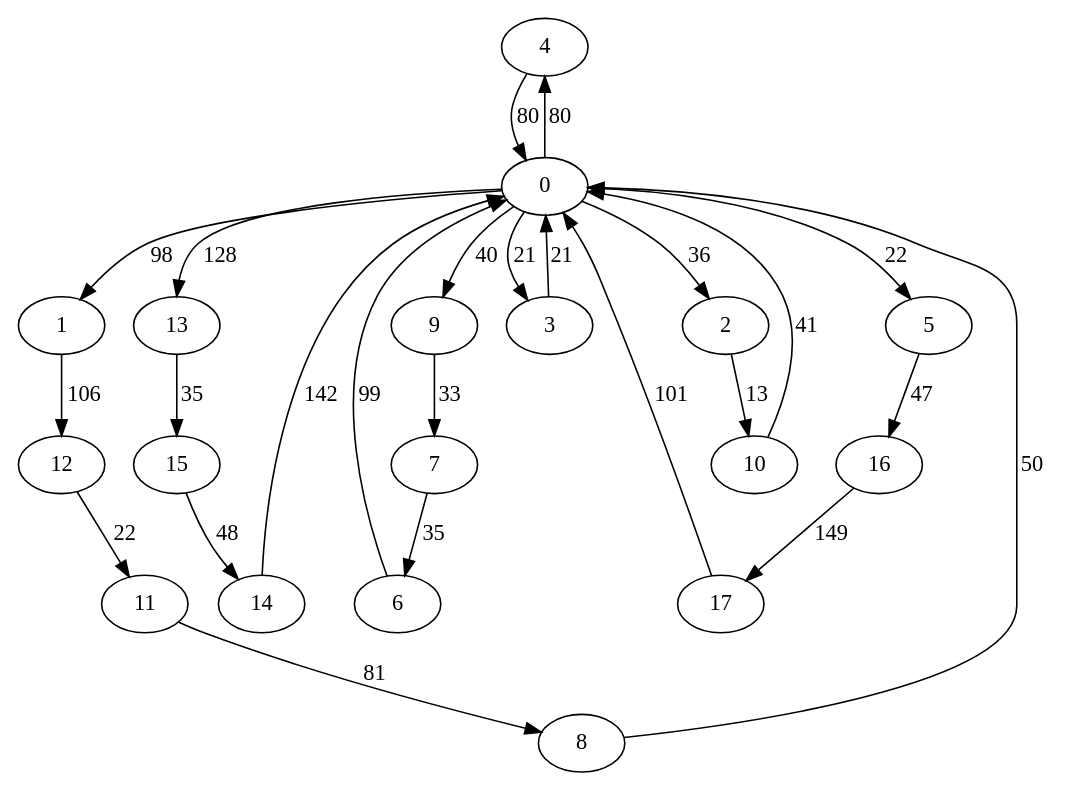
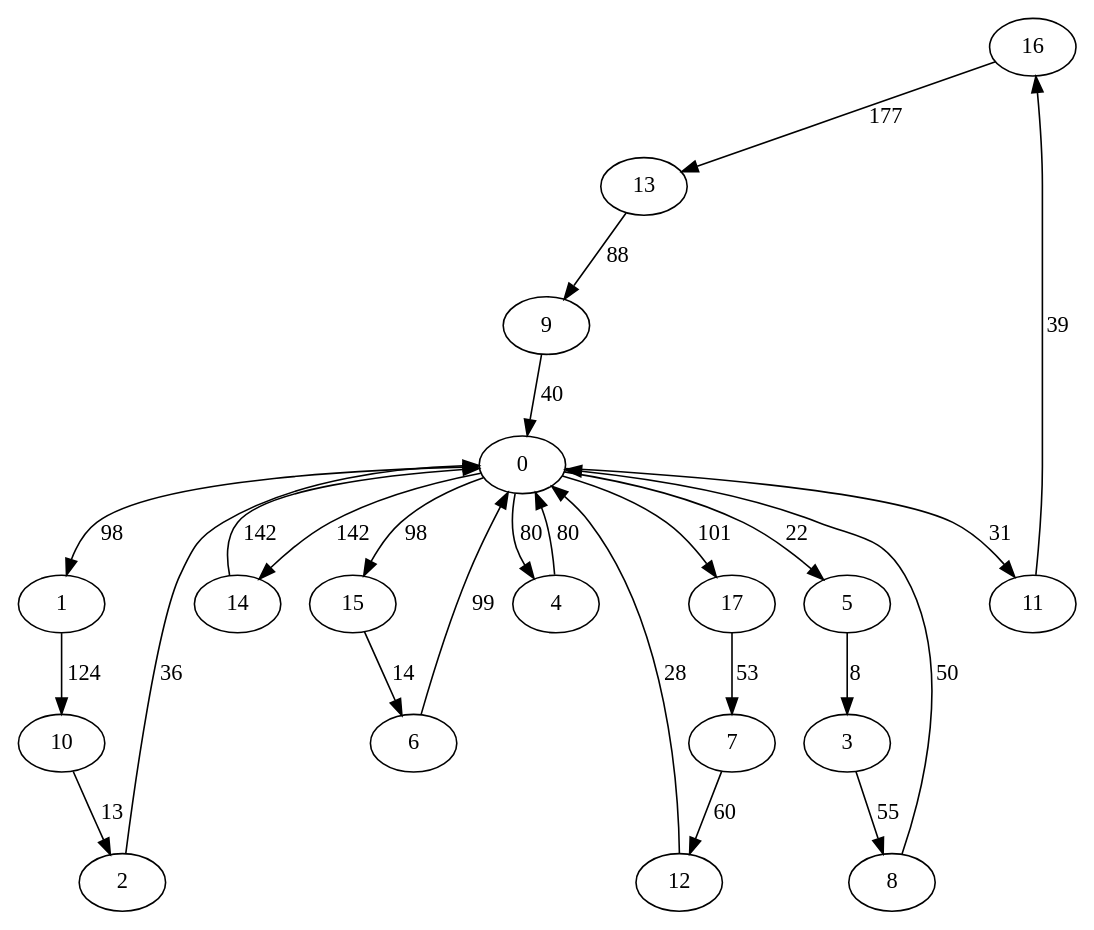
The diagram in grafos/iteration5.dot (akosej/vehicle_routing), drawn with Graphviz before and after one commit. The commit also changed 9 other files, not shown here.

```diff
--- a/grafos/iteration5.dot
+++ b/grafos/iteration5.dot
@@ -1,45 +1,45 @@
 digraph G {
+	16->13[ label=177 ];
+	8->0[ label=50 ];
+	1->10[ label=124 ];
+	6->0[ label=99 ];
+	13->9[ label=88 ];
+	17->7[ label=53 ];
+	10->2[ label=13 ];
+	14->0[ label=142 ];
+	15->6[ label=14 ];
+	9->0[ label=40 ];
+	5->3[ label=8 ];
+	2->0[ label=36 ];
+	0->4[ label=80 ];
+	0->14[ label=142 ];
+	0->15[ label=98 ];
+	0->11[ label=31 ];
+	0->5[ label=22 ];
+	0->17[ label=101 ];
+	0->1[ label=98 ];
+	11->16[ label=39 ];
+	3->8[ label=55 ];
+	7->12[ label=60 ];
+	12->0[ label=28 ];
 	4->0[ label=80 ];
-	15->14[ label=48 ];
-	1->12[ label=106 ];
-	12->11[ label=22 ];
-	8->0[ label=50 ];
-	16->17[ label=149 ];
-	17->0[ label=101 ];
-	9->7[ label=33 ];
-	13->15[ label=35 ];
-	11->8[ label=81 ];
-	7->6[ label=35 ];
-	14->0[ label=142 ];
-	2->10[ label=13 ];
-	5->16[ label=47 ];
-	6->0[ label=99 ];
-	3->0[ label=21 ];
-	0->4[ label=80 ];
-	0->3[ label=21 ];
-	0->13[ label=128 ];
-	0->2[ label=36 ];
-	0->1[ label=98 ];
-	0->5[ label=22 ];
-	0->9[ label=40 ];
-	10->0[ label=41 ];
 	0 [ label=0 ];
 	1 [ label=1 ];
 	10 [ label=10 ];
 	11 [ label=11 ];
 	12 [ label=12 ];
 	13 [ label=13 ];
 	14 [ label=14 ];
 	15 [ label=15 ];
 	16 [ label=16 ];
 	17 [ label=17 ];
 	2 [ label=2 ];
 	3 [ label=3 ];
 	4 [ label=4 ];
 	5 [ label=5 ];
 	6 [ label=6 ];
 	7 [ label=7 ];
 	8 [ label=8 ];
 	9 [ label=9 ];
 
 }
```
